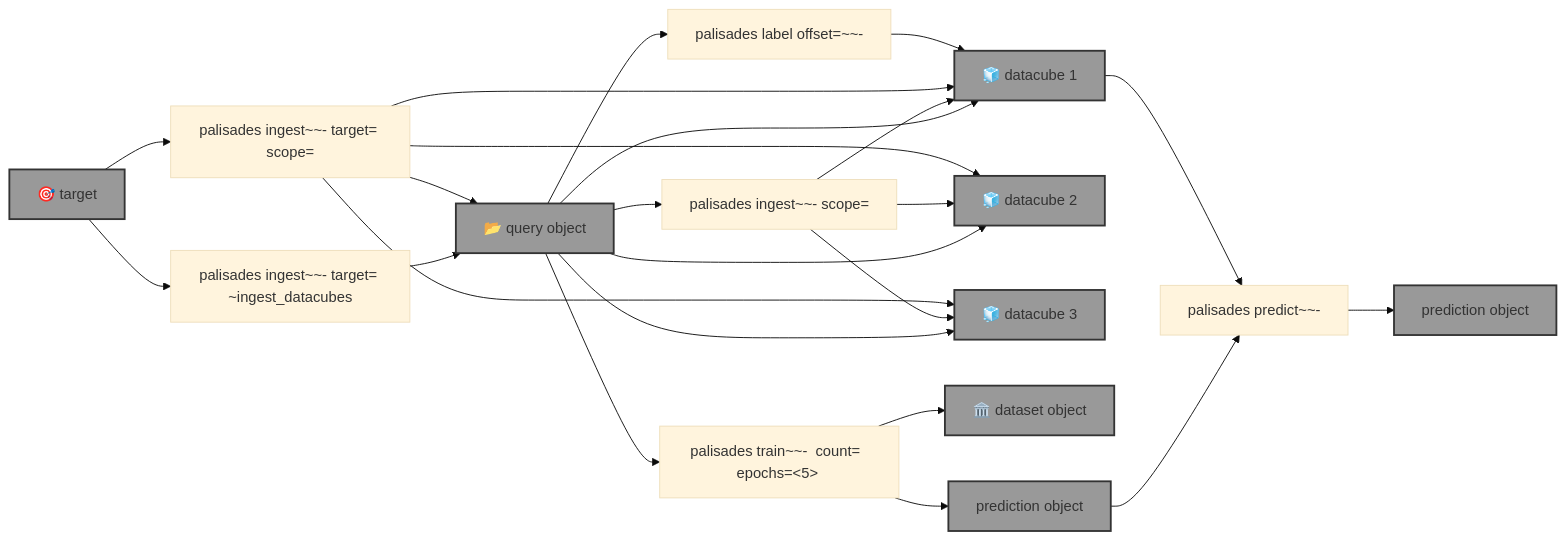
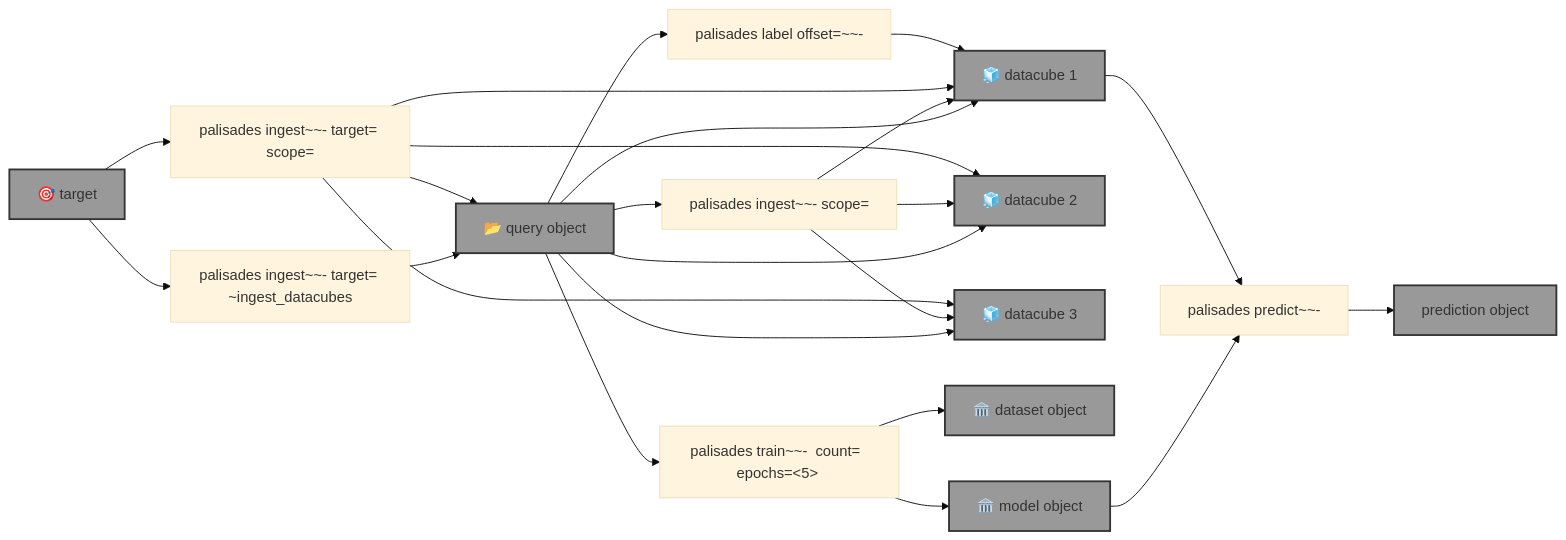
The diagram in blue_sandbox/palisades/template.md (kamangir/blue-sandbox), drawn with Mermaid (base theme) before and after one commit. The commit also changed 3 other files, not shown here.

````diff
--- a/blue_sandbox/palisades/template.md
+++ b/blue_sandbox/palisades/template.md
@@ -5,55 +5,54 @@
 ```mermaid
 graph LR
     palisades_ingest_query_ingest["palisades ingest~~- <query-object-name> scope=<scope>"]
 
     palisades_ingest_target["palisades ingest~~- target=<target> ~ingest_datacubes"]
 
     palisades_ingest_target_ingest["palisades ingest~~- target=<target> scope=<scope>"]
 
     palisades_label["palisades label offset=<offset>~~- <query-object-name>"]
 
     palisades_train["palisades train~~- <query-object-name> count=<count> <dataset-object-name> epochs=<5> <model-object-name>"]
 
     palisades_predict["palisades predict~~- <model-object-name> <datacube-id> <prediction-object-name>"]
 
     target["🎯 target"]:::folder
     query_object["📂 query object"]:::folder
     datacube_1["🧊 datacube 1"]:::folder
     datacube_2["🧊 datacube 2"]:::folder
     datacube_3["🧊 datacube 3"]:::folder
     dataset_object["🏛️ dataset object"]:::folder
     model_object["🏛️ model object"]:::folder
-    model_object["prediction object"]:::folder
     prediction_object["prediction object"]:::folder
 
     query_object --> datacube_1
     query_object --> datacube_2
     query_object --> datacube_3
 
     query_object --> palisades_ingest_query_ingest
     palisades_ingest_query_ingest --> datacube_1
     palisades_ingest_query_ingest --> datacube_2
     palisades_ingest_query_ingest --> datacube_3
 
     target --> palisades_ingest_target
     palisades_ingest_target --> query_object
 
     target --> palisades_ingest_target_ingest
     palisades_ingest_target_ingest --> query_object
     palisades_ingest_target_ingest --> datacube_1
     palisades_ingest_target_ingest --> datacube_2
     palisades_ingest_target_ingest --> datacube_3
 
     query_object --> palisades_label
     palisades_label --> datacube_1
 
     query_object --> palisades_train
     palisades_train --> dataset_object
     palisades_train --> model_object
 
     model_object --> palisades_predict
     datacube_1 --> palisades_predict
     palisades_predict --> prediction_object
 
     classDef folder fill:#999,stroke:#333,stroke-width:2px;
 ```
````
